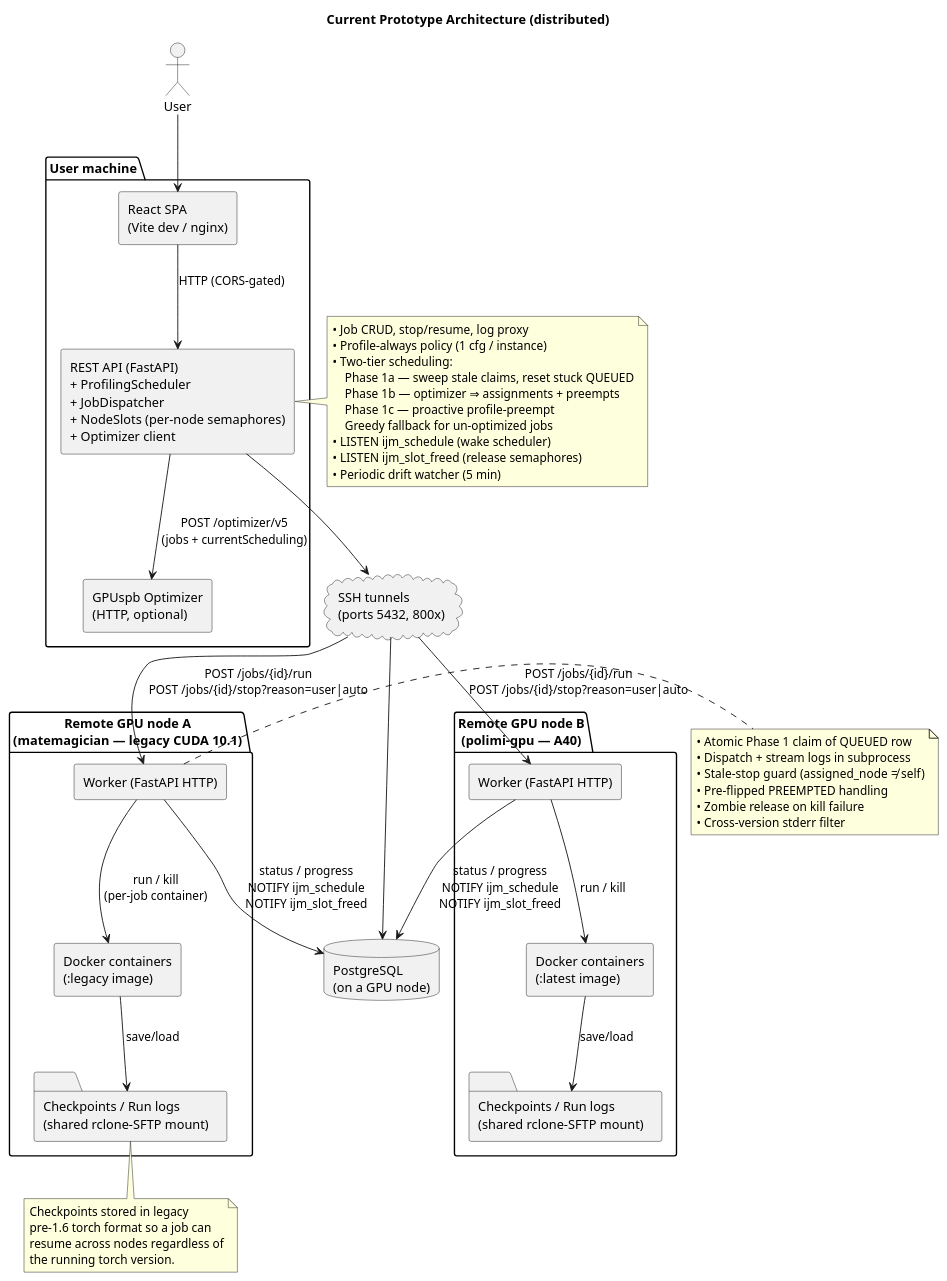
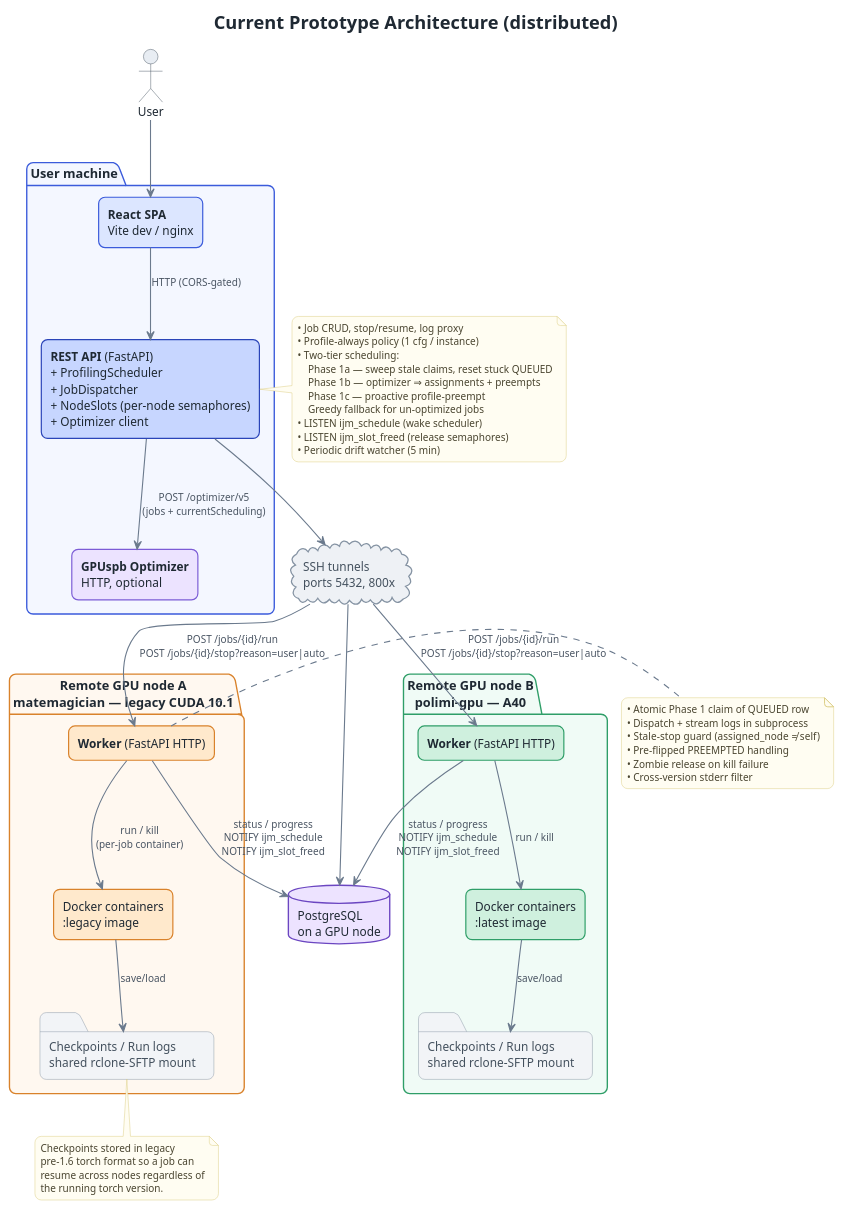
The diagram in documentation/current_prototype_status.puml (janwan2003/intelligent-job-management), drawn with PlantUML before and after one commit. The commit also changed 52 other files, not shown here.

```diff
--- a/documentation/current_prototype_status.puml
+++ b/documentation/current_prototype_status.puml
@@ -1,78 +1,155 @@
 @startuml CurrentPrototype
 title Current Prototype Architecture (distributed)
 
+' ───────────────────────────── global style ─────────────────────────────
+' stereotypes drive per-element colour only — never render their labels
+hide stereotype
+skinparam backgroundColor #FFFFFF
 skinparam shadowing false
+skinparam roundCorner 14
 skinparam componentStyle rectangle
+skinparam defaultFontName "Helvetica Neue"
+skinparam defaultFontSize 13
+skinparam TitleFontSize 20
+skinparam TitleFontColor #1F2933
 
+skinparam ArrowColor #6B7A8D
+skinparam ArrowFontColor #4A5563
+skinparam ArrowFontSize 11
+skinparam ArrowThickness 1.2
+
+skinparam actor {
+    BackgroundColor #E8EDF3
+    BorderColor #44515E
+    FontColor #1F2933
+}
+
+' ── package (zone) colours ──
+skinparam package {
+    FontColor #1F2933
+    FontSize 14
+    BorderThickness 1.5
+    BackgroundColor<<user>>   #F4F7FF
+    BorderColor<<user>>       #3B5BDB
+    BackgroundColor<<legacy>> #FFF8F0
+    BorderColor<<legacy>>     #D9822B
+    BackgroundColor<<modern>> #F0FBF6
+    BorderColor<<modern>>     #2F9E68
+}
+
+' ── component (box) colours ──
+skinparam rectangle {
+    FontColor #1F2933
+    BorderThickness 1.3
+    BackgroundColor<<ui>>     #DCE6FF
+    BorderColor<<ui>>         #3B5BDB
+    BackgroundColor<<core>>   #C7D6FF
+    BorderColor<<core>>       #2A44B8
+    BackgroundColor<<opt>>    #ECE3FF
+    BorderColor<<opt>>        #7C5CD6
+    BackgroundColor<<wlegacy>> #FFE9CC
+    BorderColor<<wlegacy>>    #D9822B
+    BackgroundColor<<wmodern>> #CFF0DE
+    BorderColor<<wmodern>>    #2F9E68
+}
+
+skinparam database {
+    BackgroundColor #EDE3FF
+    BorderColor #6B46C1
+    BorderThickness 1.5
+    FontColor #1F2933
+}
+
+skinparam cloud {
+    BackgroundColor #EEF1F5
+    BorderColor #8593A3
+    BorderThickness 1.4
+    FontColor #44515E
+}
+
+skinparam folder {
+    BackgroundColor #F2F4F7
+    BorderColor #8593A3
+    FontColor #44515E
+}
+
+skinparam note {
+    BackgroundColor #FFFDF2
+    BorderColor #D9C97A
+    FontColor #4A4530
+    FontSize 11
+}
+
+' ───────────────────────────── nodes ─────────────────────────────
 actor User
 
-package "User machine" {
-    rectangle "React SPA\n(Vite dev / nginx)" as UI
-    rectangle "REST API (FastAPI)\n+ ProfilingScheduler\n+ JobDispatcher\n+ NodeSlots (per-node semaphores)\n+ Optimizer client" as API
-    rectangle "GPUspb Optimizer\n(HTTP, optional)" as OPT
+package "User machine" <<user>> {
+    rectangle "**React SPA**\nVite dev / nginx" as UI <<ui>>
+    rectangle "**REST API** (FastAPI)\n+ ProfilingScheduler\n+ JobDispatcher\n+ NodeSlots (per-node semaphores)\n+ Optimizer client" as API <<core>>
+    rectangle "**GPUspb Optimizer**\nHTTP, optional" as OPT <<opt>>
 }
 
-cloud "SSH tunnels\n(ports 5432, 800x)" as SSH
+cloud "SSH tunnels\nports 5432, 800x" as SSH
 
-package "Remote GPU node A\n(matemagician — legacy CUDA 10.1)" {
-    rectangle "Worker (FastAPI HTTP)" as WorkerA
-    rectangle "Docker containers\n(:legacy image)" as DockerA
-    folder "Checkpoints / Run logs\n(shared rclone-SFTP mount)" as FSA
+package "Remote GPU node A\nmatemagician — legacy CUDA 10.1" <<legacy>> {
+    rectangle "**Worker** (FastAPI HTTP)" as WorkerA <<wlegacy>>
+    rectangle "Docker containers\n:legacy image" as DockerA <<wlegacy>>
+    folder "Checkpoints / Run logs\nshared rclone-SFTP mount" as FSA
 }
 
-package "Remote GPU node B\n(polimi-gpu — A40)" {
-    rectangle "Worker (FastAPI HTTP)" as WorkerB
-    rectangle "Docker containers\n(:latest image)" as DockerB
-    folder "Checkpoints / Run logs\n(shared rclone-SFTP mount)" as FSB
+package "Remote GPU node B\npolimi-gpu — A40" <<modern>> {
+    rectangle "**Worker** (FastAPI HTTP)" as WorkerB <<wmodern>>
+    rectangle "Docker containers\n:latest image" as DockerB <<wmodern>>
+    folder "Checkpoints / Run logs\nshared rclone-SFTP mount" as FSB
 }
 
-database "PostgreSQL\n(on a GPU node)" as DB
+database "PostgreSQL\non a GPU node" as DB
 
-' Interactions
+' ───────────────────────────── interactions ─────────────────────────────
 User --> UI
 UI --> API : HTTP (CORS-gated)
 
 API --> OPT : POST /optimizer/v5\n(jobs + currentScheduling)
 API --> SSH
 SSH --> WorkerA : POST /jobs/{id}/run\nPOST /jobs/{id}/stop?reason=user|auto
 SSH --> WorkerB : POST /jobs/{id}/run\nPOST /jobs/{id}/stop?reason=user|auto
 SSH --> DB
 
 WorkerA --> DockerA : run / kill\n(per-job container)
 WorkerB --> DockerB : run / kill
 DockerA --> FSA : save/load
 DockerB --> FSB : save/load
 
 WorkerA --> DB : status / progress\nNOTIFY ijm_schedule\nNOTIFY ijm_slot_freed
 WorkerB --> DB : status / progress\nNOTIFY ijm_schedule\nNOTIFY ijm_slot_freed
 
 note right of API
     • Job CRUD, stop/resume, log proxy
     • Profile-always policy (1 cfg / instance)
     • Two-tier scheduling:
         Phase 1a — sweep stale claims, reset stuck QUEUED
         Phase 1b — optimizer ⇒ assignments + preempts
         Phase 1c — proactive profile-preempt
         Greedy fallback for un-optimized jobs
     • LISTEN ijm_schedule (wake scheduler)
     • LISTEN ijm_slot_freed (release semaphores)
     • Periodic drift watcher (5 min)
 end note
 
 note right of WorkerA
     • Atomic Phase 1 claim of QUEUED row
     • Dispatch + stream logs in subprocess
     • Stale-stop guard (assigned_node ≠ self)
     • Pre-flipped PREEMPTED handling
     • Zombie release on kill failure
     • Cross-version stderr filter
 end note
 
 note bottom of FSA
     Checkpoints stored in legacy
     pre-1.6 torch format so a job can
     resume across nodes regardless of
     the running torch version.
 end note
 
 @enduml
```
